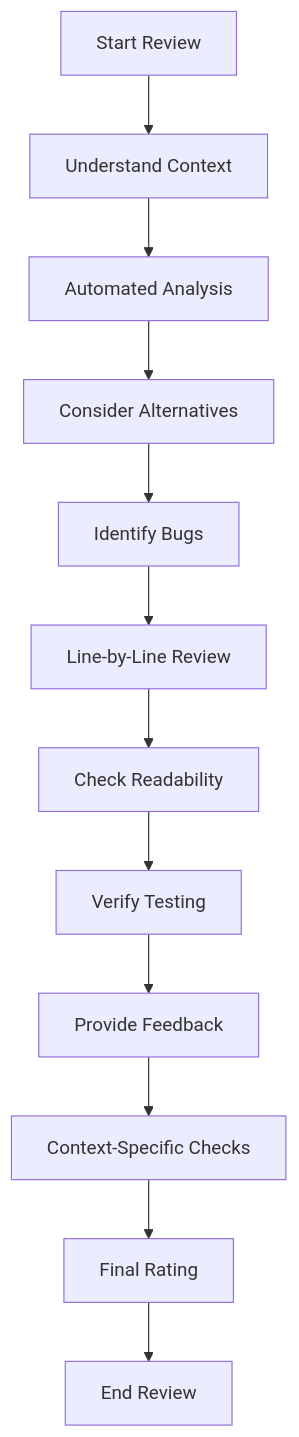
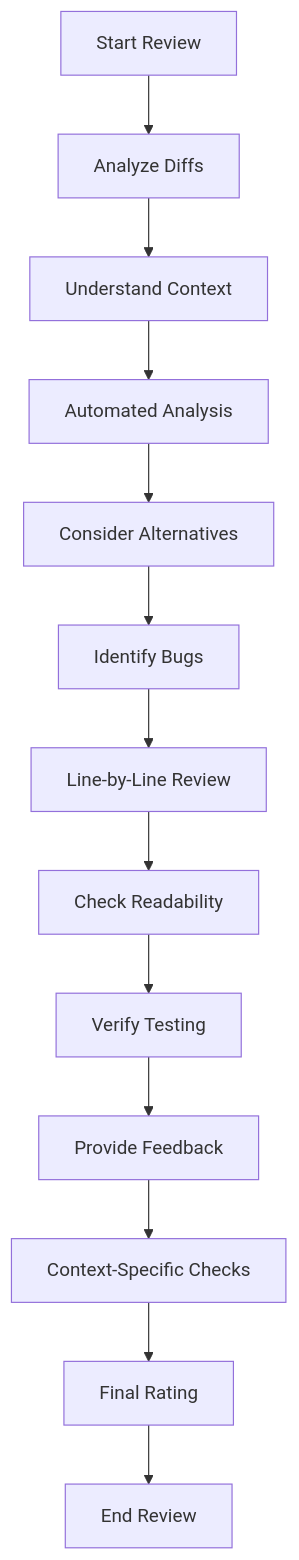
The diagram in pr-reviewer.md (nemesiscodex/rules), drawn with Mermaid before and after one commit. The commit also changed other lines of this file, not shown here.

````diff
--- a/pr-reviewer.md
+++ b/pr-reviewer.md
@@ -106,14 +156,15 @@
 ```mermaid
 flowchart TD
-    A[Start Review] --> B[Understand Context]
+    A[Start Review] --> A1[Analyze Diffs]
+    A1 --> B[Understand Context]
     B --> C[Automated Analysis]
     C --> D[Consider Alternatives]
     D --> E[Identify Bugs]
     E --> F[Line-by-Line Review]
     F --> G[Check Readability]
     G --> H[Verify Testing]
     H --> I[Provide Feedback]
     I --> J[Context-Specific Checks]
     J --> K[Final Rating]
     K --> L[End Review]
 ```
````
